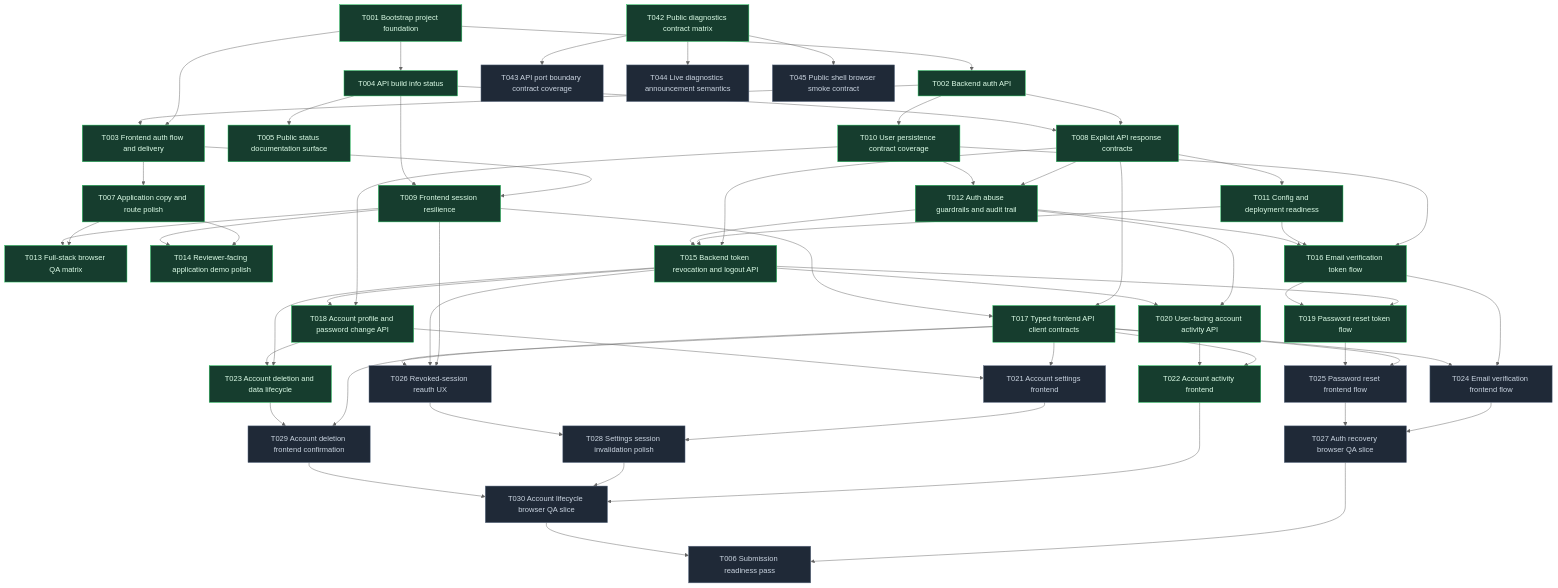
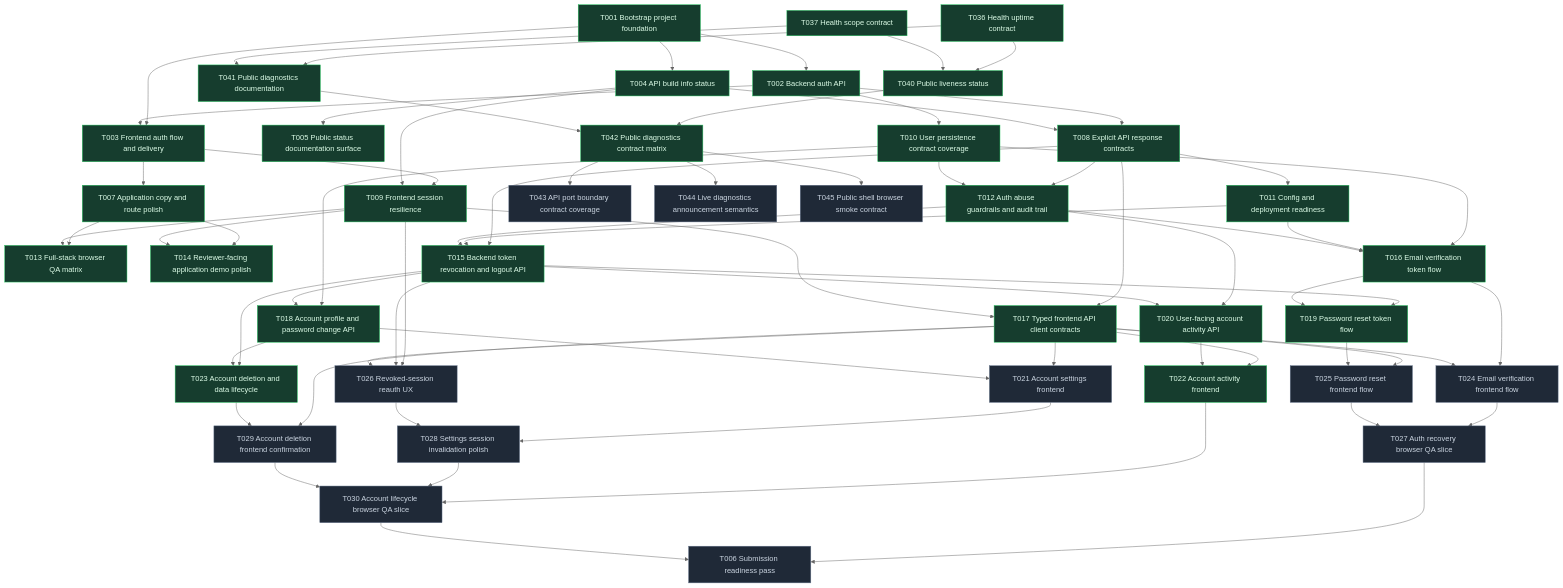
The diagram in planning/roadmap/dependencies.mmd (0-sayed/easyGen), drawn with Mermaid (neutral theme) before and after one commit. The commit also changed 1 other file, not shown here.

```diff
--- a/planning/roadmap/dependencies.mmd
+++ b/planning/roadmap/dependencies.mmd
@@ -1,108 +1,118 @@
 flowchart TD
   T001["T001 Bootstrap project foundation"]
   T002["T002 Backend auth API"]
   T003["T003 Frontend auth flow and delivery"]
   T004["T004 API build info status"]
   T005["T005 Public status documentation surface"]
   T006["T006 Submission readiness pass"]
   T007["T007 Application copy and route polish"]
   T008["T008 Explicit API response contracts"]
   T009["T009 Frontend session resilience"]
   T010["T010 User persistence contract coverage"]
   T011["T011 Config and deployment readiness"]
   T012["T012 Auth abuse guardrails and audit trail"]
   T013["T013 Full-stack browser QA matrix"]
   T014["T014 Reviewer-facing application demo polish"]
   T015["T015 Backend token revocation and logout API"]
   T016["T016 Email verification token flow"]
   T017["T017 Typed frontend API client contracts"]
   T018["T018 Account profile and password change API"]
   T019["T019 Password reset token flow"]
   T020["T020 User-facing account activity API"]
   T021["T021 Account settings frontend"]
   T022["T022 Account activity frontend"]
   T023["T023 Account deletion and data lifecycle"]
   T024["T024 Email verification frontend flow"]
   T025["T025 Password reset frontend flow"]
   T026["T026 Revoked-session reauth UX"]
   T027["T027 Auth recovery browser QA slice"]
   T028["T028 Settings session invalidation polish"]
   T029["T029 Account deletion frontend confirmation"]
   T030["T030 Account lifecycle browser QA slice"]
+  T036["T036 Health uptime contract"]
+  T037["T037 Health scope contract"]
+  T040["T040 Public liveness status"]
+  T041["T041 Public diagnostics documentation"]
   T042["T042 Public diagnostics contract matrix"]
   T043["T043 API port boundary contract coverage"]
   T044["T044 Live diagnostics announcement semantics"]
   T045["T045 Public shell browser smoke contract"]
 
   T001 --> T002
   T001 --> T003
   T002 --> T003
   T001 --> T004
   T004 --> T005
   T003 --> T007
   T002 --> T008
   T004 --> T008
   T003 --> T009
   T004 --> T009
   T002 --> T010
   T008 --> T011
   T008 --> T012
   T010 --> T012
   T007 --> T013
   T009 --> T013
   T007 --> T014
   T009 --> T014
   T008 --> T015
   T011 --> T015
   T012 --> T015
   T010 --> T016
   T011 --> T016
   T012 --> T016
   T008 --> T017
   T009 --> T017
   T010 --> T018
   T015 --> T018
   T015 --> T019
   T016 --> T019
   T012 --> T020
   T015 --> T020
   T017 --> T021
   T018 --> T021
   T017 --> T022
   T020 --> T022
   T015 --> T023
   T018 --> T023
   T016 --> T024
   T017 --> T024
   T017 --> T025
   T019 --> T025
   T009 --> T026
   T015 --> T026
   T017 --> T026
   T024 --> T027
   T025 --> T027
   T021 --> T028
   T026 --> T028
   T017 --> T029
   T023 --> T029
   T022 --> T030
   T028 --> T030
   T029 --> T030
   T027 --> T006
   T030 --> T006
+  T036 --> T040
+  T037 --> T040
+  T036 --> T041
+  T037 --> T041
+  T040 --> T042
+  T041 --> T042
   T042 --> T043
   T042 --> T044
   T042 --> T045
 
   classDef done fill:#163d2e,stroke:#22c55e,color:#dcfce7;
   classDef pending fill:#1f2937,stroke:#64748b,color:#cbd5e1;
 
   class T001,T002,T003,T004,T005,T007,T008,T009,T010,T011,T012,T013,T014,T015,T016,T017,T018,T019,T020,T022,T023 done;
   class T006,T021,T024,T025,T026,T027,T028,T029,T030 pending;
-  class T042 done;
+  class T036,T037,T040,T041,T042 done;
 
   class T043 pending;
 
   class T044 pending;
 
   class T045 pending;
```
